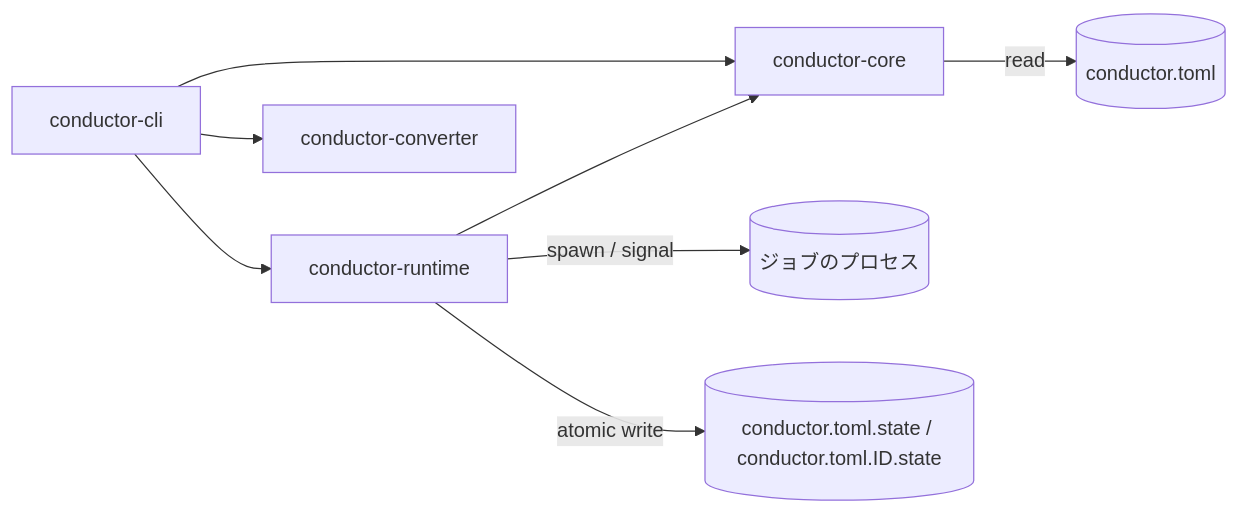
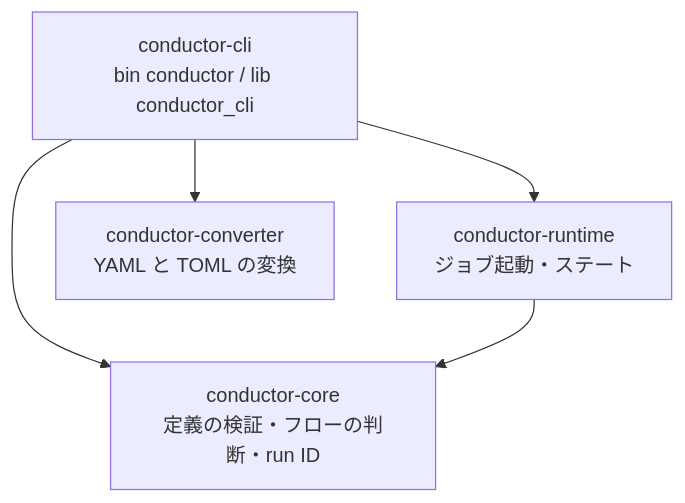
The first of 3 diagrams in aidlc/spaces/default/codekb/rust-job-conductor/architecture.md (agwlvssainokuni/rust-job-conductor), drawn with Mermaid before and after one commit. The commit also changed other lines of this file and 13 other files, not shown here.

````diff
--- a/aidlc/spaces/default/codekb/rust-job-conductor/architecture.md
+++ b/aidlc/spaces/default/codekb/rust-job-conductor/architecture.md
@@ -12,10 +15,11 @@
 ```mermaid
-flowchart LR
-  CLI[conductor-cli] --> CORE[conductor-core]
-  CLI --> RT[conductor-runtime]
-  CLI --> CONV[conductor-converter]
-  RT --> CORE
-  RT -->|spawn / signal| JOB[(ジョブのプロセス)]
-  RT -->|atomic write| ST[(conductor.toml.state / conductor.toml.ID.state)]
-  CORE -->|read| DEF[(conductor.toml)]
+flowchart TD
+    CLI["conductor-cli<br/>bin conductor / lib conductor_cli"]
+    RT["conductor-runtime<br/>ジョブ起動・ステート"]
+    CORE["conductor-core<br/>定義の検証・フローの判断・run ID"]
+    CONV["conductor-converter<br/>YAML と TOML の変換"]
+    CLI --> RT
+    CLI --> CORE
+    CLI --> CONV
+    RT --> CORE
 ```
````
